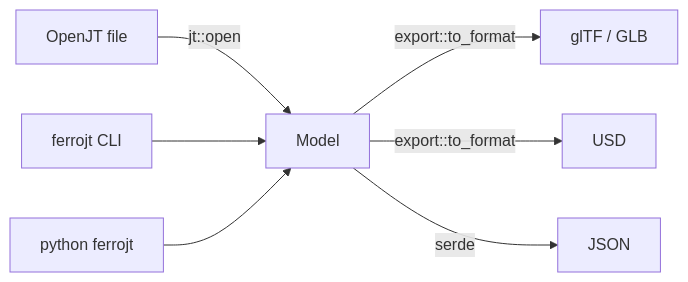
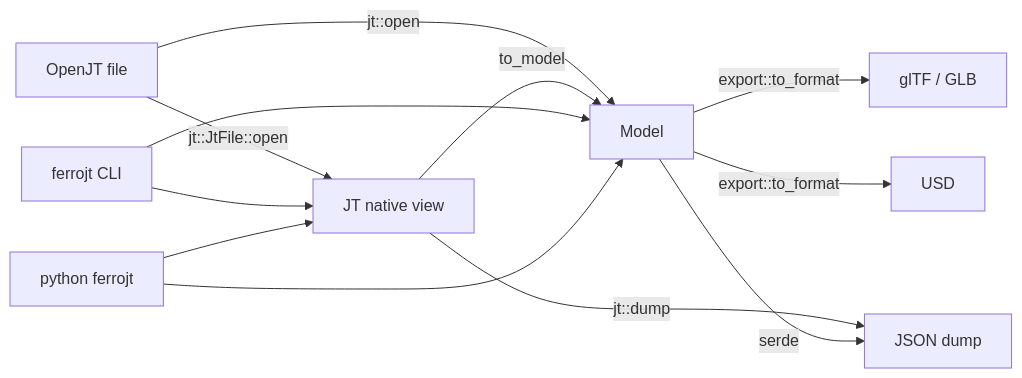
The diagram in docs/architecture.md (jriegel/FerroJT), drawn with Mermaid before and after one commit. The commit also changed other lines of this file and 4 other files, not shown here.

Commit message:
document the implemented JT reader and the JSON dump contract

````diff
--- a/docs/architecture.md
+++ b/docs/architecture.md
@@ -3,9 +3,14 @@
 ```mermaid
 flowchart LR
   JT[OpenJT file] -->|jt::open| M[Model]
+  JT -->|jt::JtFile::open| JN[JT native view]
+  JN -->|jt::dump| JSON[JSON dump]
+  JN -->|to_model| M
   M -->|export::to_format| GLTF[glTF / GLB]
   M -->|export::to_format| USD[USD]
-  M -->|serde| JSON[JSON]
+  M -->|serde| JSON
   CLI[ferrojt CLI] --> M
+  CLI --> JN
   PY[python ferrojt] --> M
+  PY --> JN
 ```
````
